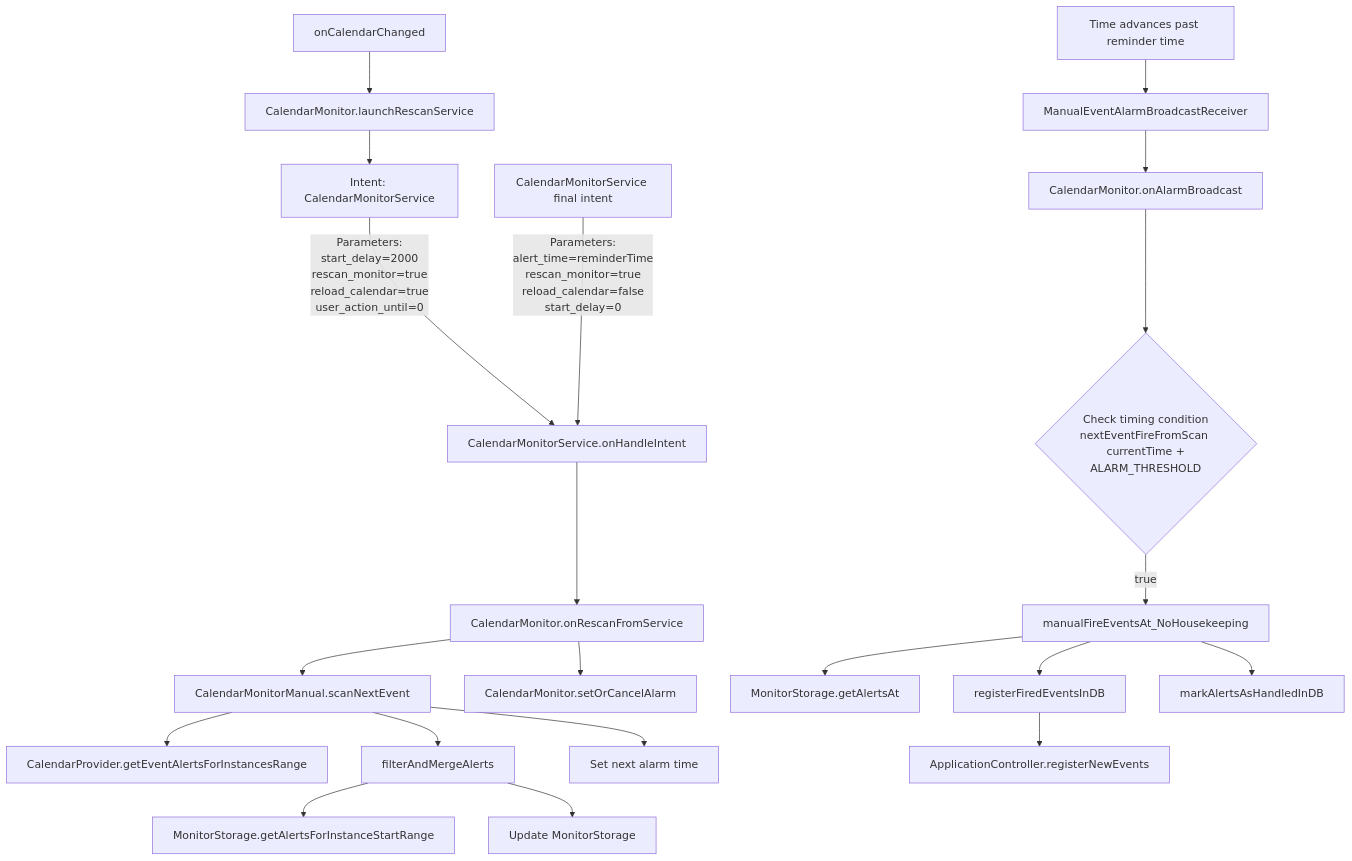
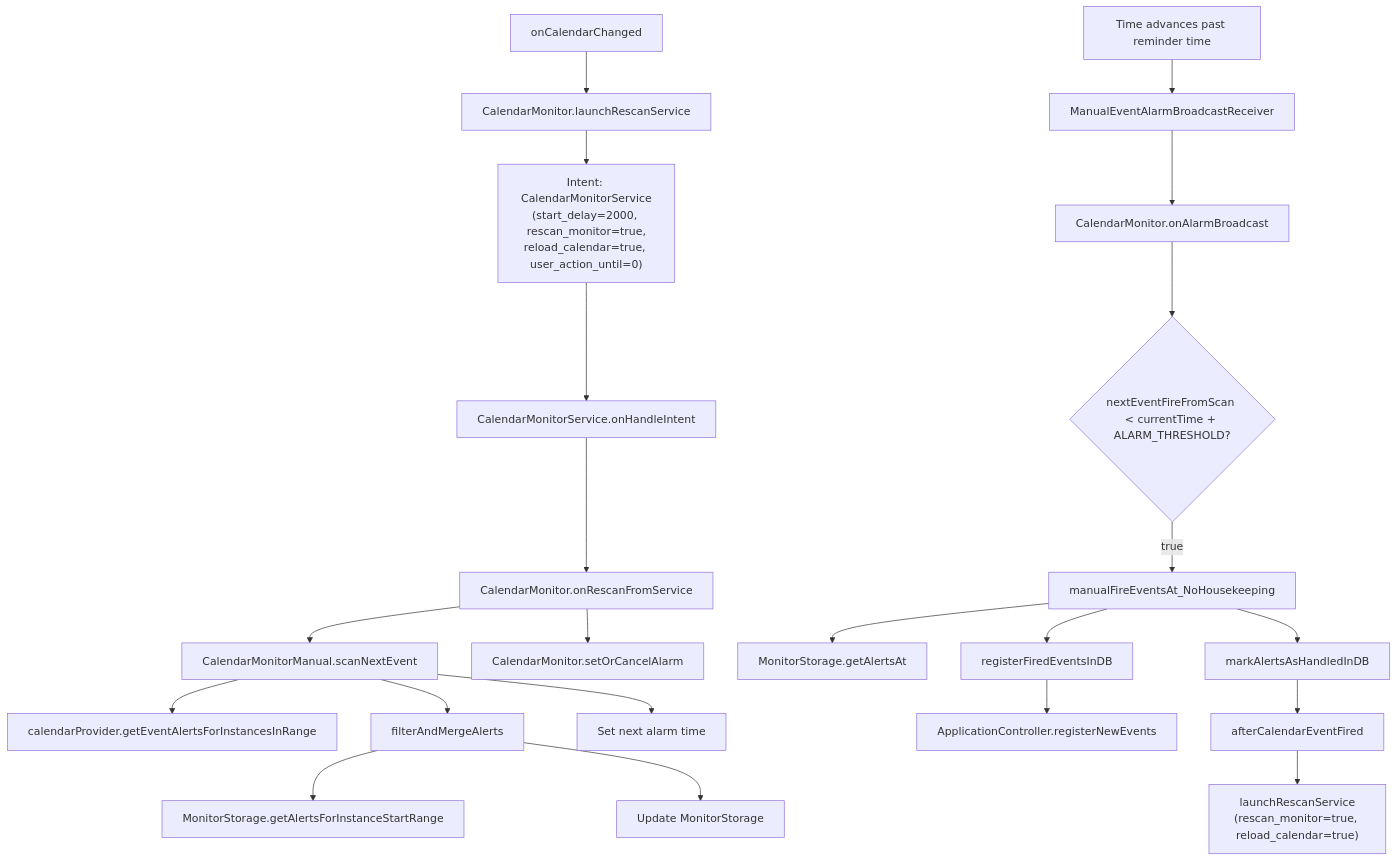
Before and after one commit to williscool/CalendarNotification: the second of 2 diagrams in docs/architecture/calendar_monitoring.md, drawn with Mermaid. The commit also changed other lines of this file, not shown here.

Commit message:
docs: fix up calendar monitoring

````diff
--- a/docs/architecture/calendar_monitoring.md
+++ b/docs/architecture/calendar_monitoring.md
@@ -162,30 +169,31 @@
-``` mermaid
+```mermaid
 flowchart TD
     A[onCalendarChanged] --> B[CalendarMonitor.launchRescanService]
-    B --> C[Intent: CalendarMonitorService]
-    C -->|Parameters:<br/>start_delay=2000<br/>rescan_monitor=true<br/>reload_calendar=true<br/>user_action_until=0| D[CalendarMonitorService.onHandleIntent]
+    B --> C["Intent: CalendarMonitorService<br/>(start_delay=2000, rescan_monitor=true,<br/>reload_calendar=true, user_action_until=0)"]
+    C --> D[CalendarMonitorService.onHandleIntent]
     
     D --> E[CalendarMonitor.onRescanFromService]
     E --> F[CalendarMonitorManual.scanNextEvent]
     
-    F --> G[CalendarProvider.getEventAlertsForInstancesRange]
+    F --> G[calendarProvider.getEventAlertsForInstancesInRange]
     F --> H[filterAndMergeAlerts]
     H --> I[MonitorStorage.getAlertsForInstanceStartRange]
     H --> J[Update MonitorStorage]
     F --> K[Set next alarm time]
     
     E --> L[CalendarMonitor.setOrCancelAlarm]
     
     M[Time advances past reminder time] --> N[ManualEventAlarmBroadcastReceiver]
     N --> O[CalendarMonitor.onAlarmBroadcast]
     
-    O --> P{Check timing condition<br/>nextEventFireFromScan <br/> currentTime + ALARM_THRESHOLD}
+    O --> P{nextEventFireFromScan < currentTime + ALARM_THRESHOLD?}
     P -->|true| Q[manualFireEventsAt_NoHousekeeping]
     
     Q --> R[MonitorStorage.getAlertsAt]
     Q --> S[registerFiredEventsInDB]
     S --> T[ApplicationController.registerNewEvents]
     Q --> U[markAlertsAsHandledInDB]
     
-    V[CalendarMonitorService final intent] -->|Parameters:<br/>alert_time=reminderTime<br/>rescan_monitor=true<br/>reload_calendar=false<br/>start_delay=0| D
+    U --> V[afterCalendarEventFired]
+    V --> W["launchRescanService<br/>(rescan_monitor=true, reload_calendar=true)"]
 ```
````
